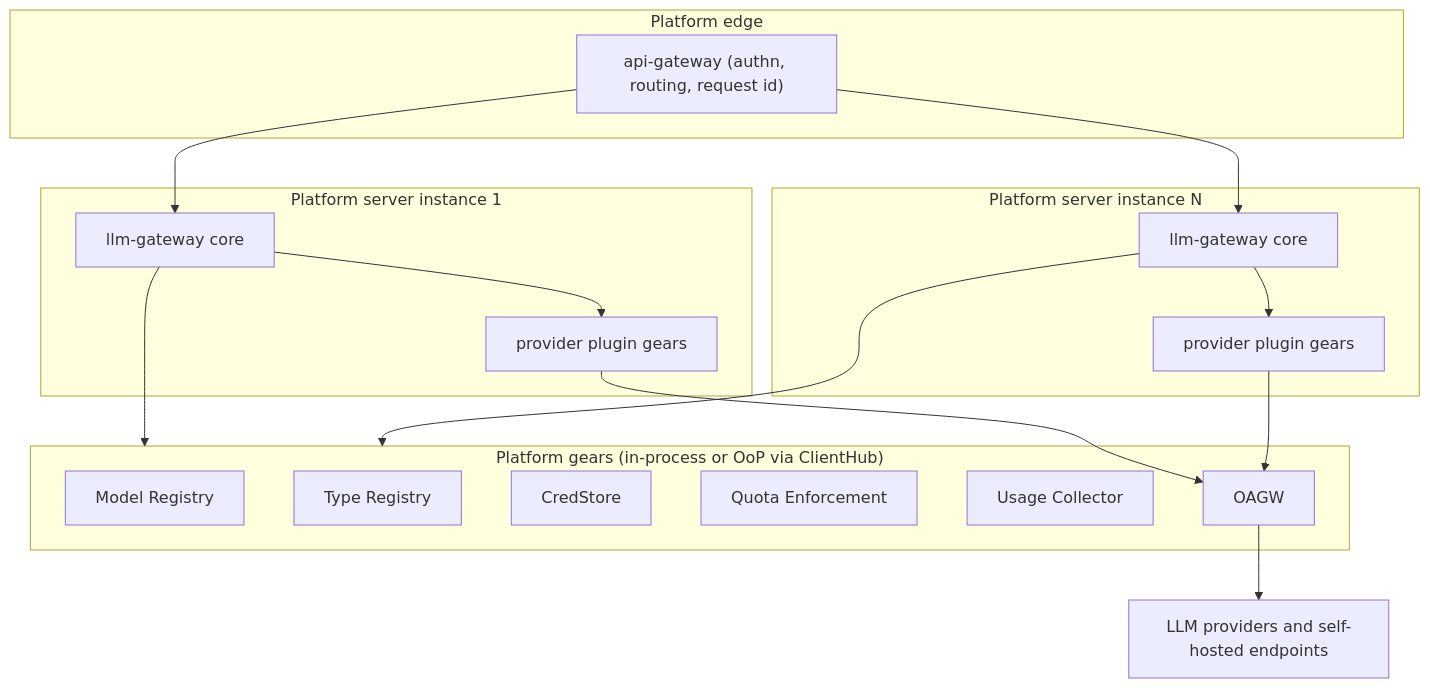
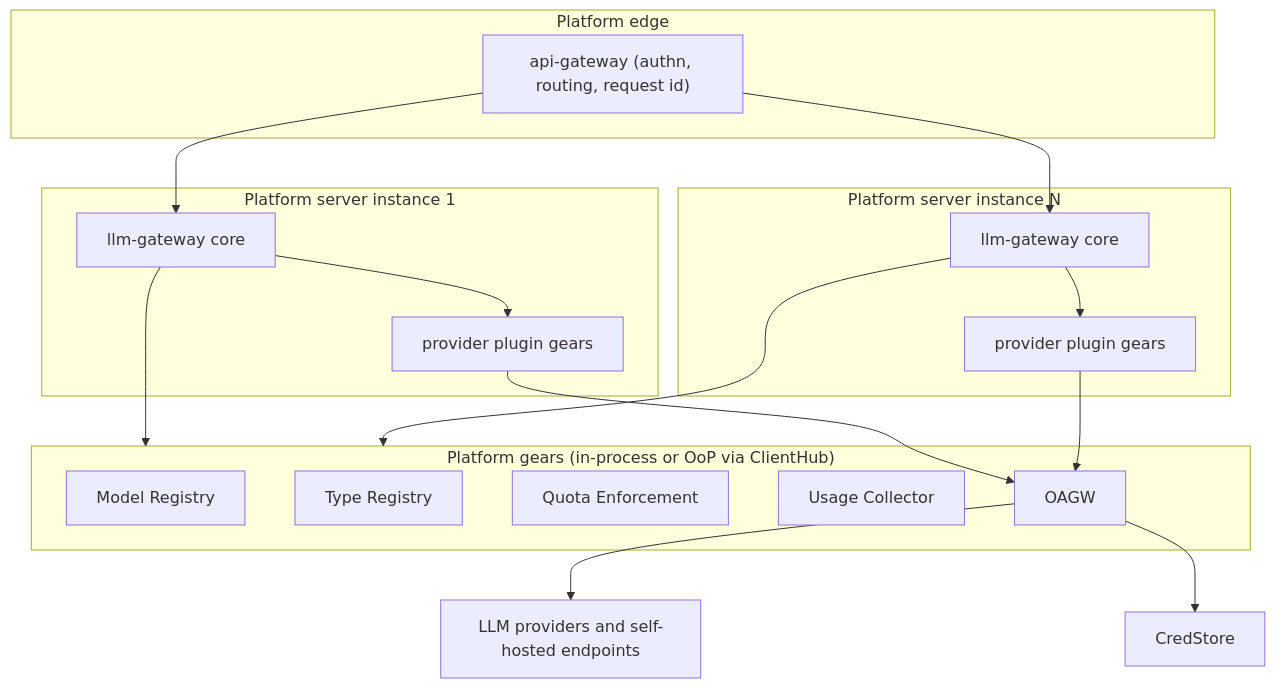
Diagram 15 of 15 in gears/llm-gateway/docs/DESIGN.md (constructorfabric/gears-rust), drawn with Mermaid before and after one commit. The commit also changed other lines of this file and 11 other files, not shown here.

````diff
--- a/gears/llm-gateway/docs/DESIGN.md
+++ b/gears/llm-gateway/docs/DESIGN.md
@@ -1223,32 +1234,32 @@
 ```mermaid
 graph TB
     subgraph EDGE["Platform edge"]
         AG["api-gateway (authn, routing, request id)"]
     end
     subgraph NODE1["Platform server instance 1"]
         GW1["llm-gateway core"]
         PL1["provider plugin gears"]
     end
     subgraph NODEN["Platform server instance N"]
         GWN["llm-gateway core"]
         PLN["provider plugin gears"]
     end
     subgraph PLAT["Platform gears (in-process or OoP via ClientHub)"]
         MR["Model Registry"]
         TY["Type Registry"]
-        CS["CredStore"]
         QE["Quota Enforcement"]
         UC["Usage Collector"]
         OAGW["OAGW"]
     end
     PROV["LLM providers and self-hosted endpoints"]
     AG --> GW1
     AG --> GWN
     GW1 --> PL1
     GWN --> PLN
     GW1 --> PLAT
     GWN --> PLAT
     PL1 --> OAGW
     PLN --> OAGW
     OAGW --> PROV
+    OAGW --> CS["CredStore"]
 ```
````
